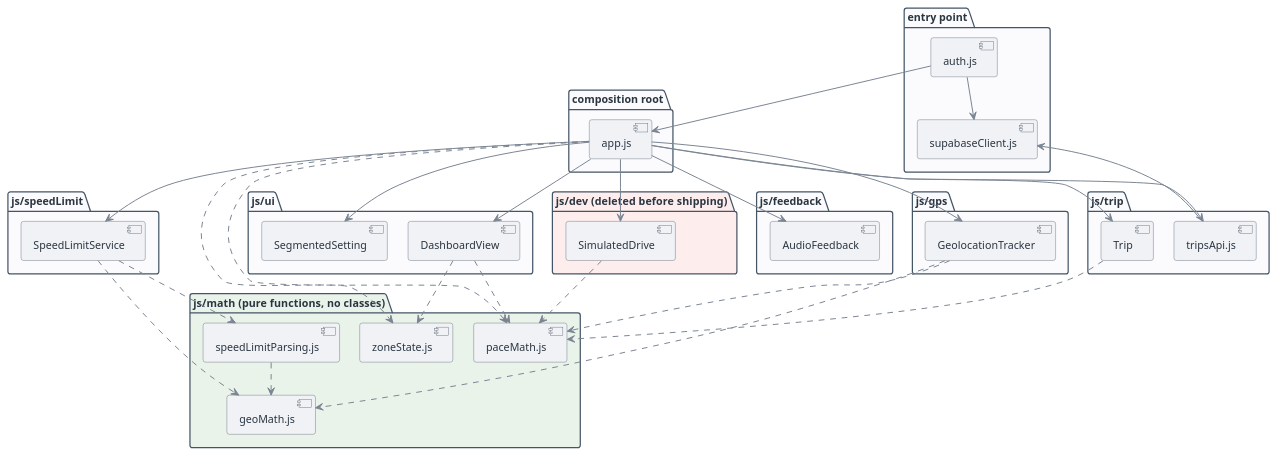
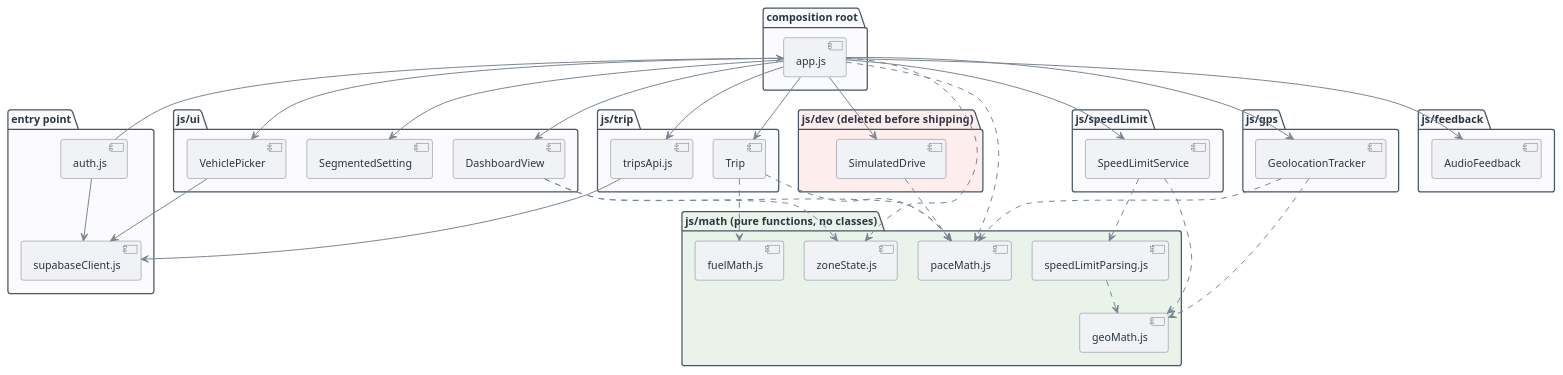
One commit to ysfrknzydn/paceometer-app changed the diagram in docs/diagrams/package-diagram.puml. Above: the diagram before and after it, drawn with PlantUML. The commit also changed 34 other files, not shown here.

Commit message:
Add fuel-efficiency feature: vehicle picker, gas-cost trip summary, weekly data pipeline

```diff
--- a/docs/diagrams/package-diagram.puml
+++ b/docs/diagrams/package-diagram.puml
@@ -1,92 +1,97 @@
 @startuml
 skinparam shadowing false
 skinparam roundCorner 6
 skinparam defaultFontName Helvetica
 skinparam defaultFontSize 13
 skinparam nodesep 25
 skinparam ranksep 40
 
 skinparam package {
   BorderColor #445566
   FontStyle bold
   FontColor #2A3540
   BackgroundColor #FBFBFD
 }
 skinparam component {
   BorderColor #5B6470
   BackgroundColor #F0F2F6
   FontColor #2A3540
 }
 skinparam arrow {
   Color #7A8492
   Thickness 1.2
 }
 
 package "entry point" as entry {
   [auth.js] as auth
   [supabaseClient.js] as supa
 }
 
 package "composition root" as root {
   [app.js] as appjs
 }
 
 package "js/gps" as gpsPkg {
   [GeolocationTracker] as geoTracker
 }
 
 package "js/speedLimit" as slPkg {
   [SpeedLimitService] as sls
 }
 
 package "js/trip" as tripPkg {
   [Trip] as tripClass
   [tripsApi.js] as tripsApi
 }
 
 package "js/ui" as uiPkg {
   [DashboardView] as dashboardView
   [SegmentedSetting] as segmentedSetting
+  [VehiclePicker] as vehiclePicker
 }
 
 package "js/feedback" as fbPkg {
   [AudioFeedback] as audioFeedback
 }
 
 package "js/dev  (deleted before shipping)" as devPkg #FDEDED {
   [SimulatedDrive] as simulatedDrive
 }
 
 package "js/math  (pure functions, no classes)" as mathPkg #EAF3EA {
   [paceMath.js] as paceMath
   [zoneState.js] as zoneState
   [geoMath.js] as geoMath
   [speedLimitParsing.js] as slParsing
+  [fuelMath.js] as fuelMath
 }
 
 auth --> appjs
 auth --> supa
 tripsApi --> supa
+vehiclePicker --> supa
 
 appjs --> geoTracker
 appjs --> sls
 appjs --> tripClass
 appjs --> tripsApi
 appjs --> dashboardView
 appjs --> segmentedSetting
+appjs --> vehiclePicker
 appjs --> audioFeedback
 appjs --> simulatedDrive
 appjs ..> paceMath
 appjs ..> zoneState
 
 geoTracker ..> geoMath
 geoTracker ..> paceMath
 sls ..> geoMath
 sls ..> slParsing
 slParsing ..> geoMath
 tripClass ..> paceMath
+tripClass ..> fuelMath
 dashboardView ..> zoneState
 dashboardView ..> paceMath
 simulatedDrive ..> paceMath
 
 @enduml
```
